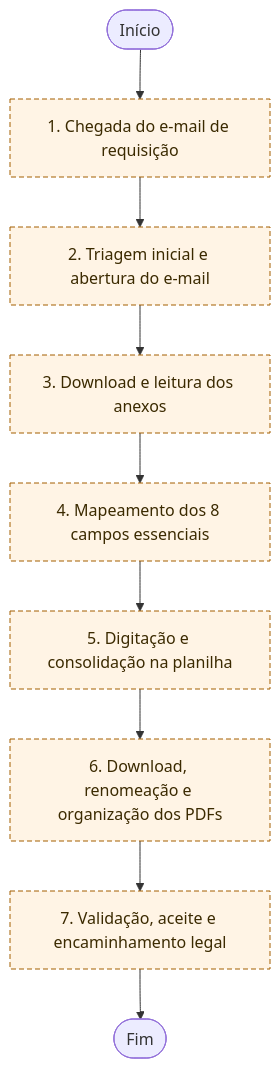
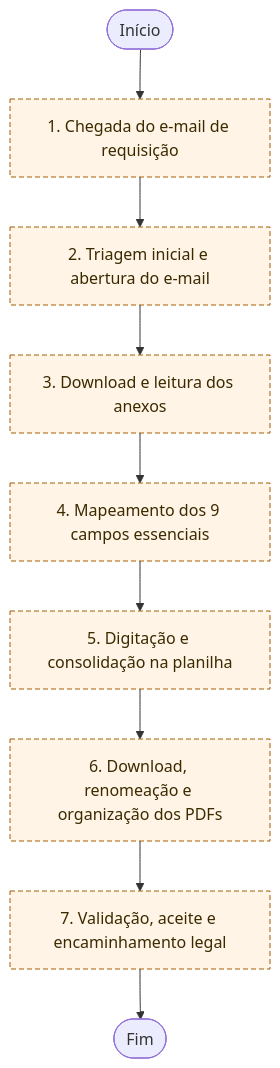
One commit to renato0503/Aula_politec changed the first of 2 diagrams in Apps/teia-triagem-emails/docs/diagramas/processo.md. Above: the diagram before and after it, drawn with Mermaid. The commit also changed other lines of this file and 188 other files, not shown here.

````diff
--- a/Apps/teia-triagem-emails/docs/diagramas/processo.md
+++ b/Apps/teia-triagem-emails/docs/diagramas/processo.md
@@ -7,25 +7,25 @@
 ```mermaid
 %% Fluxograma ASIS · 7 etapas
 flowchart TD
   IN(["Início"])
   N1["1. Chegada do e-mail de requisição"]:::wait
   N2["2. Triagem inicial e abertura do e-mail"]:::wait
   N3["3. Download e leitura dos anexos"]:::wait
-  N4["4. Mapeamento dos 8 campos essenciais"]:::wait
+  N4["4. Mapeamento dos 9 campos essenciais"]:::wait
   N5["5. Digitação e consolidação na planilha"]:::wait
   N6["6. Download, renomeação e organização dos PDFs"]:::wait
   N7["7. Validação, aceite e encaminhamento legal"]:::wait
   FIM(["Fim"])
   IN --> N1
   N1 --> N2
   N2 --> N3
   N3 --> N4
   N4 --> N5
   N5 --> N6
   N6 --> N7
   N7 --> FIM
   classDef manual fill:#fff4e5,stroke:#a35f00,color:#3b2a00;
   classDef wait fill:#fff4e5,stroke:#a35f00,stroke-dasharray:5 3,color:#3b2a00;
   classDef auto fill:#eef8f2,stroke:#127a45,color:#0b3b23;
   classDef humano fill:#eef3fa,stroke:#12487f,color:#0a2f5c;
 ```
````
